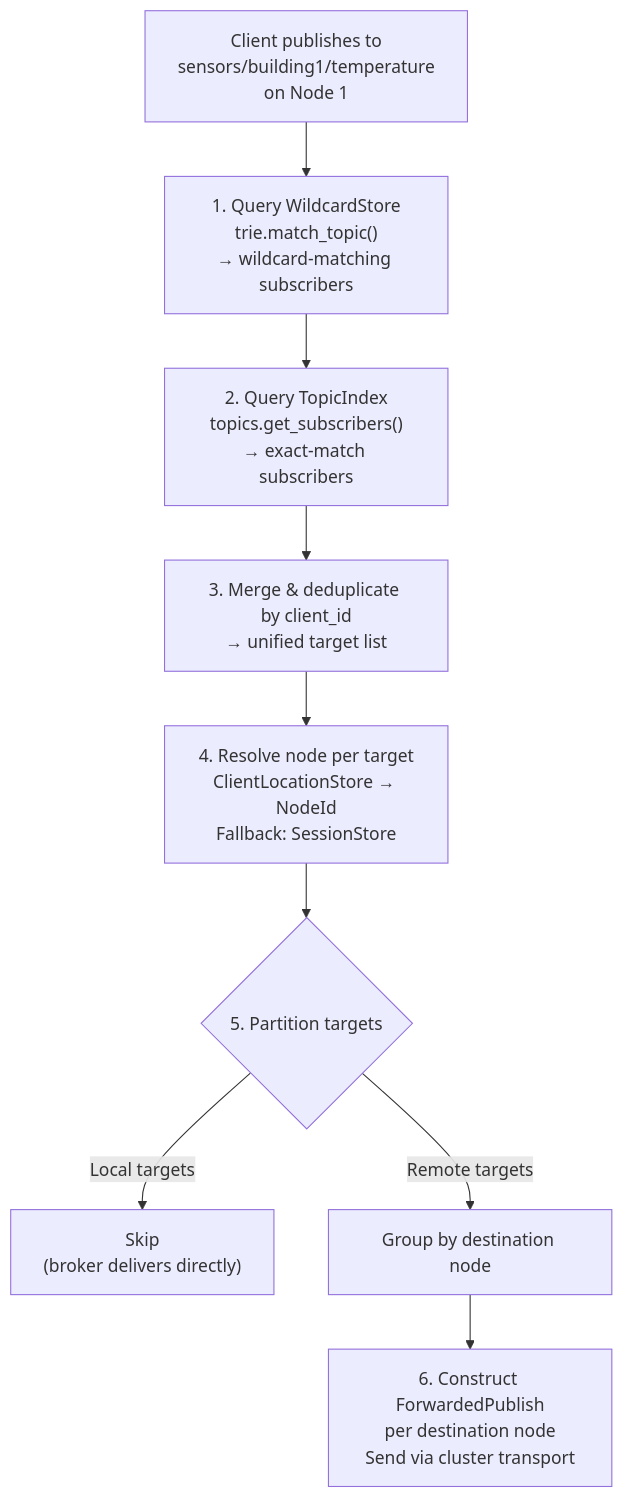
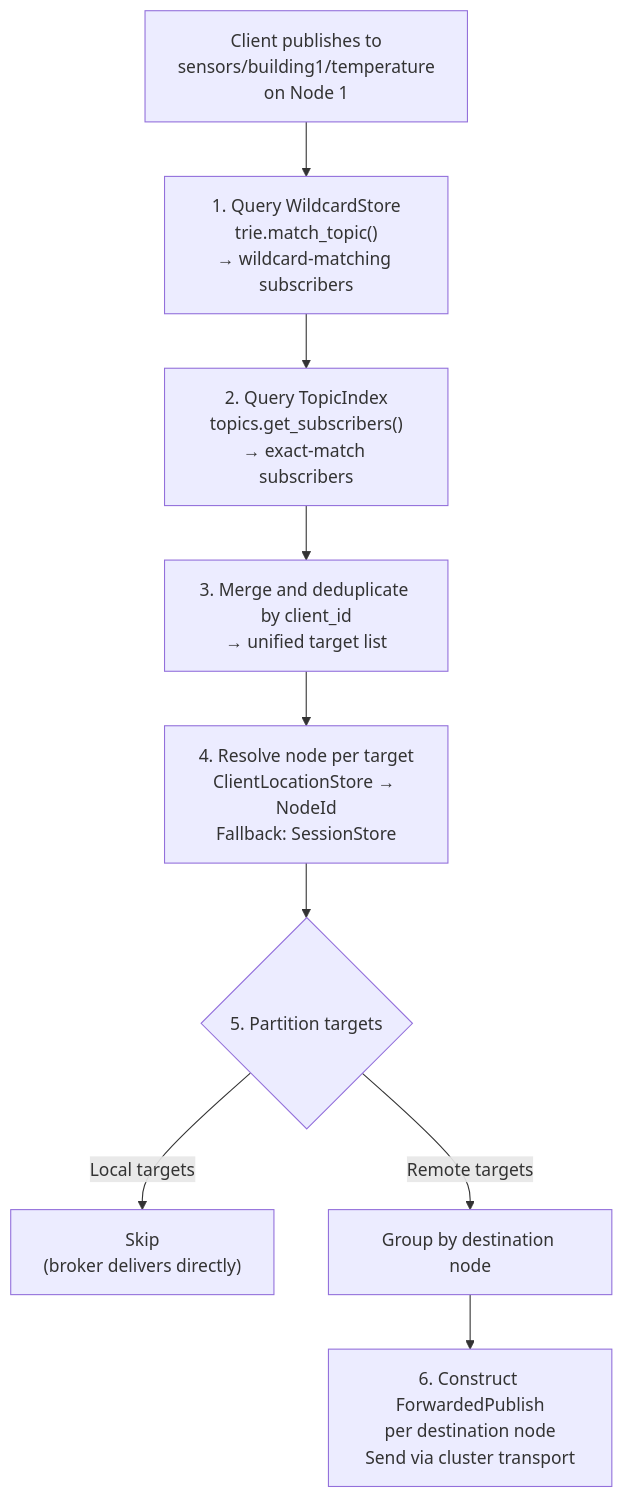
One commit to LabOverWire/MQDB changed the third of 3 diagrams in book/chapters/ch08-cross-node-pubsub.md. Above: the diagram before and after it, drawn with Mermaid. The commit also changed other lines of this file and 16 other files, not shown here.

First line of the commit message:
vault crash recovery, identity race condition, and schema init (#14)

````diff
--- a/book/chapters/ch08-cross-node-pubsub.md
+++ b/book/chapters/ch08-cross-node-pubsub.md
@@ -171,12 +171,12 @@
 ```mermaid
 flowchart TD
-    PUB["Client publishes to\nsensors/building1/temperature\non Node 1"] --> Q1
-    Q1["1. Query WildcardStore\ntrie.match_topic()\n→ wildcard-matching subscribers"] --> Q2
-    Q2["2. Query TopicIndex\ntopics.get_subscribers()\n→ exact-match subscribers"] --> M
-    M["3. Merge & deduplicate by client_id\n→ unified target list"] --> R
-    R["4. Resolve node per target\nClientLocationStore → NodeId\nFallback: SessionStore"] --> P
+    PUB["Client publishes to<br/>sensors/building1/temperature<br/>on Node 1"] --> Q1
+    Q1["1. Query WildcardStore<br/>trie.match_topic()<br/>→ wildcard-matching subscribers"] --> Q2
+    Q2["2. Query TopicIndex<br/>topics.get_subscribers()<br/>→ exact-match subscribers"] --> M
+    M["3. Merge and deduplicate by client_id<br/>→ unified target list"] --> R
+    R["4. Resolve node per target<br/>ClientLocationStore → NodeId<br/>Fallback: SessionStore"] --> P
     P{"5. Partition targets"}
-    P -->|"Local targets"| SK["Skip\n(broker delivers directly)"]
+    P -->|"Local targets"| SK["Skip<br/>(broker delivers directly)"]
     P -->|"Remote targets"| GR["Group by destination node"]
-    GR --> FP["6. Construct ForwardedPublish\nper destination node\nSend via cluster transport"]
+    GR --> FP["6. Construct ForwardedPublish<br/>per destination node<br/>Send via cluster transport"]
 ```
````
